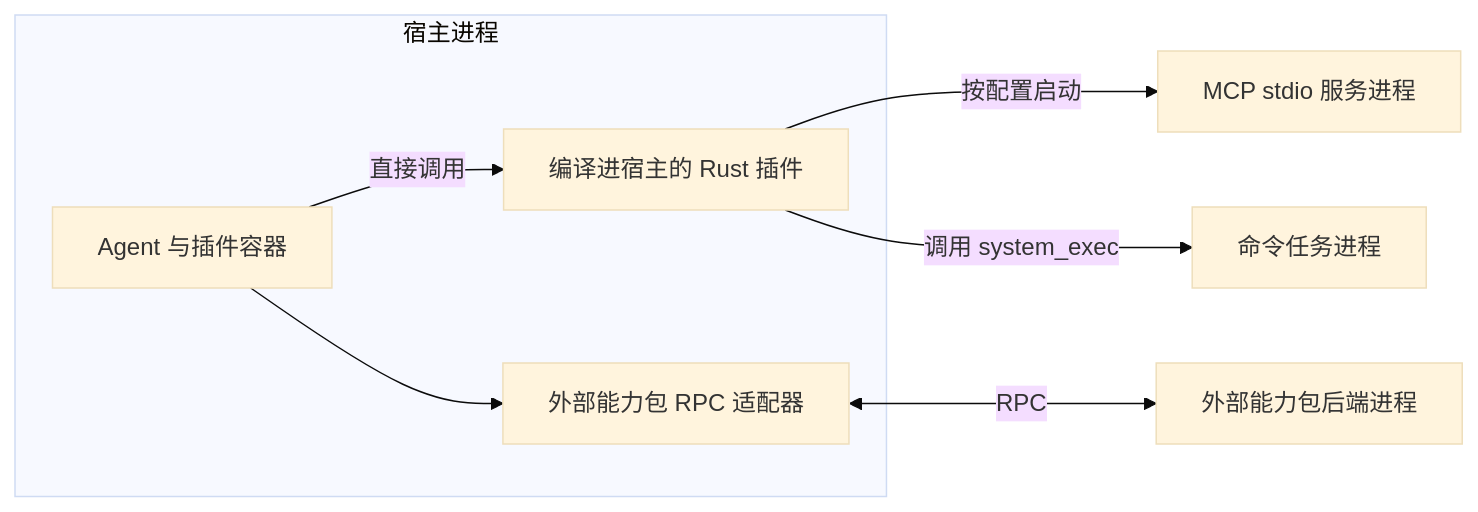
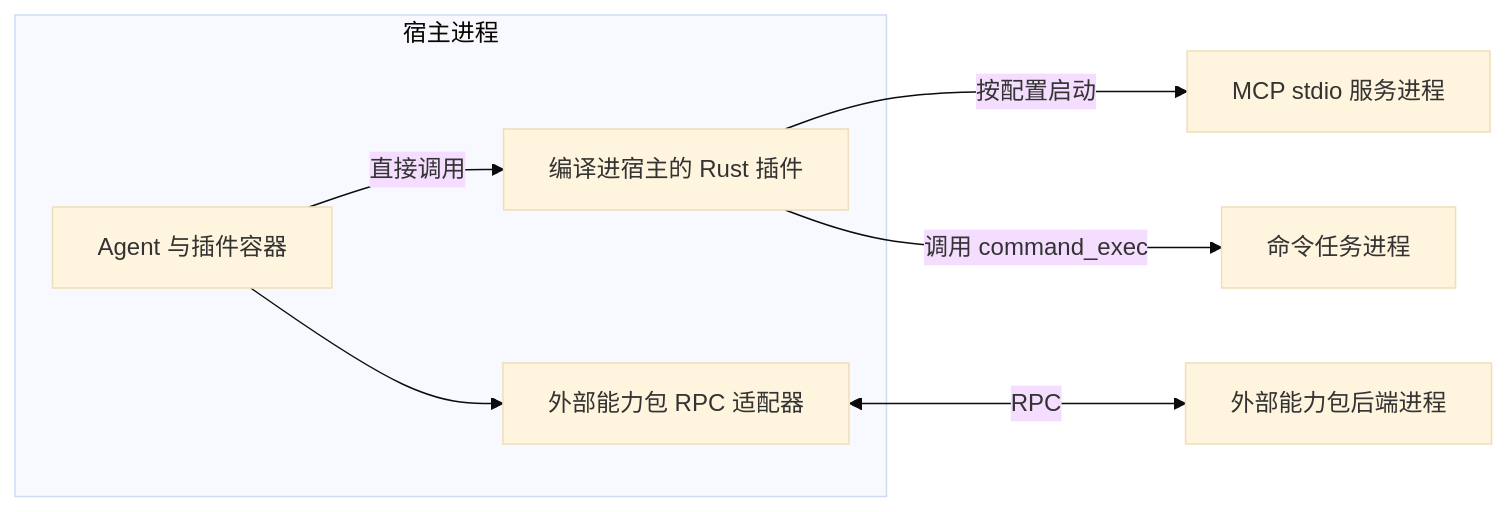
The diagram in crates/README.md (Penglai-Link/eliteforge-agent-framework), drawn with Mermaid (base theme) before and after one commit. The commit also changed 150 other files, not shown here.

````diff
--- a/crates/README.md
+++ b/crates/README.md
@@ -159,13 +159,13 @@
 ```mermaid
 flowchart LR
     subgraph Host[宿主进程]
         Agent[Agent 与插件容器]
         Native[编译进宿主的 Rust 插件]
         Bridge[外部能力包 RPC 适配器]
         Agent -->|直接调用| Native
         Agent --> Bridge
     end
     Bridge <-->|RPC| Backend[外部能力包后端进程]
     Native -->|按配置启动| MCP[MCP stdio 服务进程]
-    Native -->|调用 system_exec| Command[命令任务进程]
+    Native -->|调用 command_exec| Command[命令任务进程]
 ```
````
